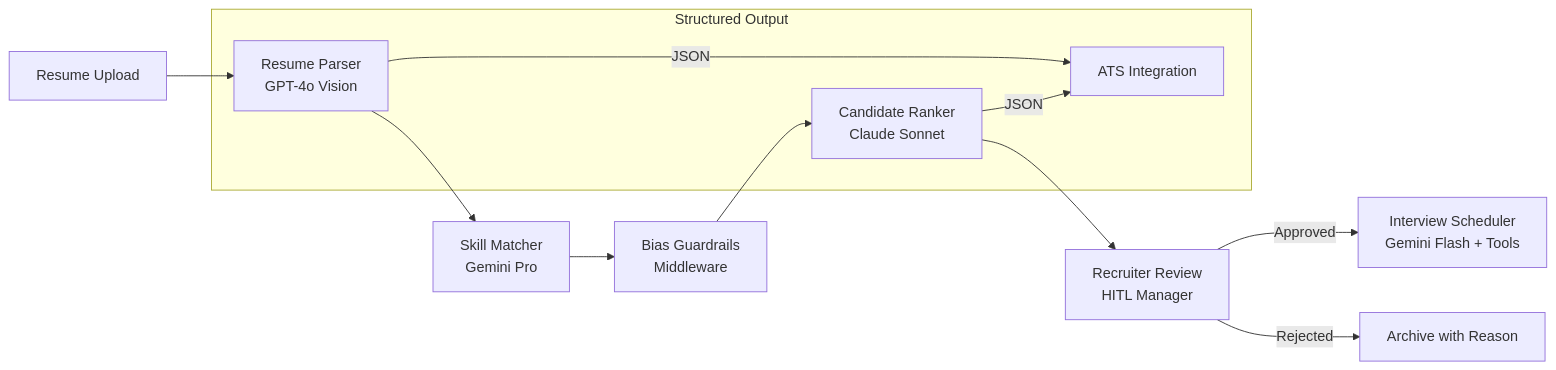
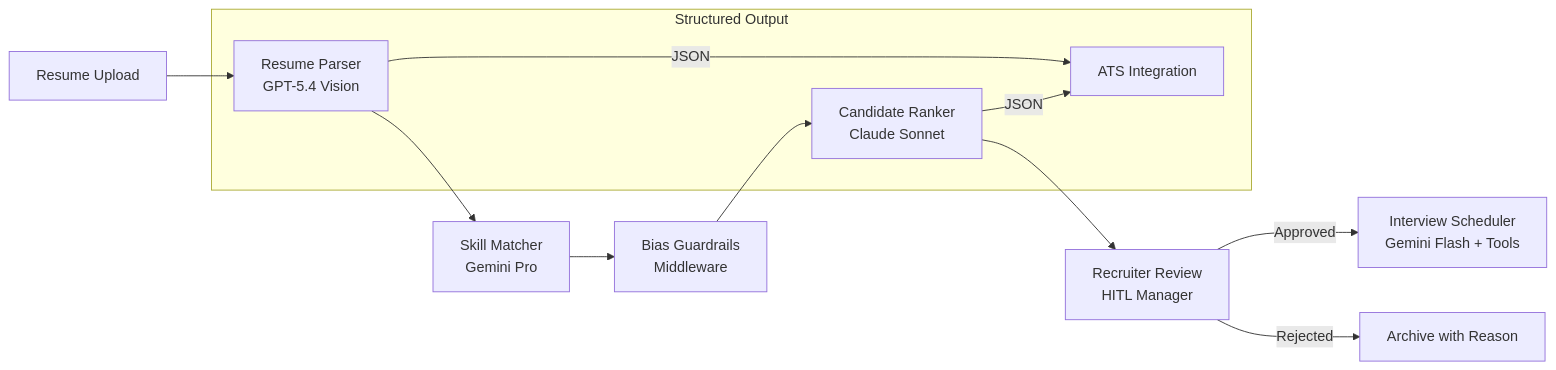
The diagram in _posts/2025-10-06-ai-recruitment-pipeline.md (juspay/neurolink-blog), drawn with Mermaid before and after one commit. The commit also changed other lines of this file and 172 other files, not shown here.

````diff
--- a/_posts/2025-10-06-ai-recruitment-pipeline.md
+++ b/_posts/2025-10-06-ai-recruitment-pipeline.md
@@ -39,15 +39,15 @@
 ```mermaid
 flowchart LR
-    Resume[Resume Upload] --> Parser[Resume Parser<br/>GPT-4o Vision]
+    Resume[Resume Upload] --> Parser[Resume Parser<br/>GPT-5.4 Vision]
     Parser --> Matcher[Skill Matcher<br/>Gemini Pro]
     Matcher --> BiasCheck[Bias Guardrails<br/>Middleware]
     BiasCheck --> Ranker[Candidate Ranker<br/>Claude Sonnet]
     Ranker --> HITL[Recruiter Review<br/>HITL Manager]
     HITL -->|Approved| Scheduler[Interview Scheduler<br/>Gemini Flash + Tools]
     HITL -->|Rejected| Archive[Archive with Reason]
 
     subgraph Structured Output
         Parser -->|JSON| ATS[ATS Integration]
         Ranker -->|JSON| ATS
     end
 ```
````
